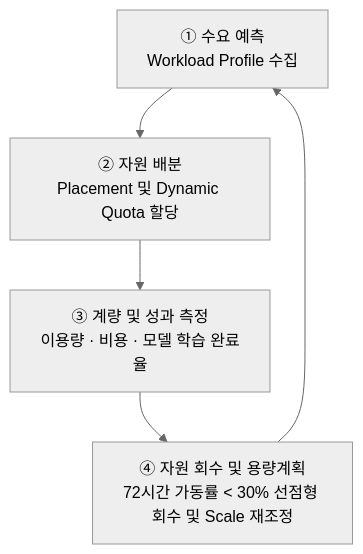
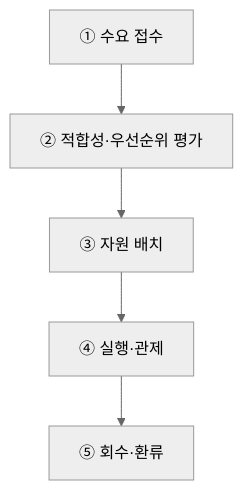
Before and after one commit to agnusdei1207/study: the second of 3 diagrams in src/content/docs/notes/itpe/01-it-strategy/051_ai_highway.md, drawn with Mermaid (neutral theme). The commit also changed other lines of this file and 19 other files, not shown here.

````diff
--- a/src/content/docs/notes/itpe/01-it-strategy/051_ai_highway.md
+++ b/src/content/docs/notes/itpe/01-it-strategy/051_ai_highway.md
@@ -126,7 +71,4 @@
 ```mermaid
 flowchart TD
-    D1["① 수요 예측<br/>Workload Profile 수집"] --> D2["② 자원 배분<br/>Placement 및 Dynamic Quota 할당"]
-    D2 --> D3["③ 계량 및 성과 측정<br/>이용량 · 비용 · 모델 학습 완료율"]
-    D3 --> D4["④ 자원 회수 및 용량계획<br/>72시간 가동률 < 30% 선점형 회수 및 Scale 재조정"]
-    D4 --> D1
+    S1["① 수요 접수"] --> S2["② 적합성·우선순위 평가"] --> S3["③ 자원 배치"] --> S4["④ 실행·관제"] --> S5["⑤ 회수·환류"]
 ```
````
